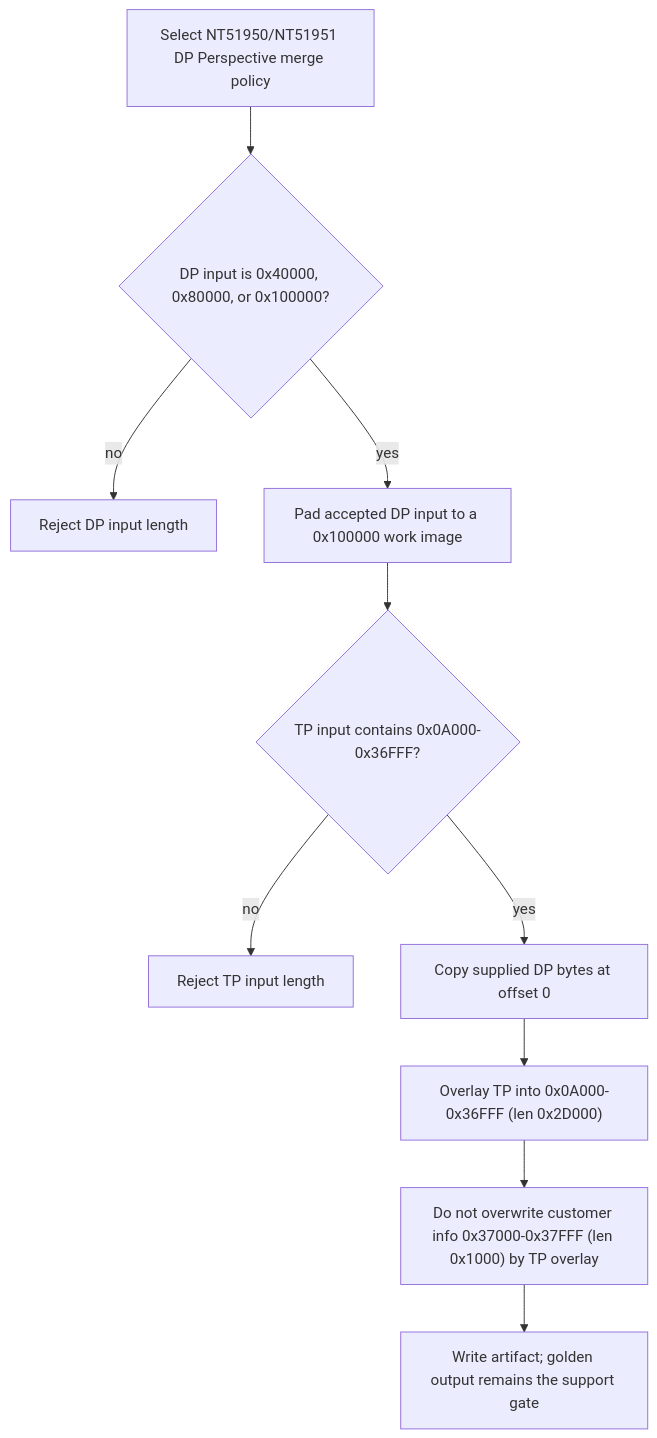
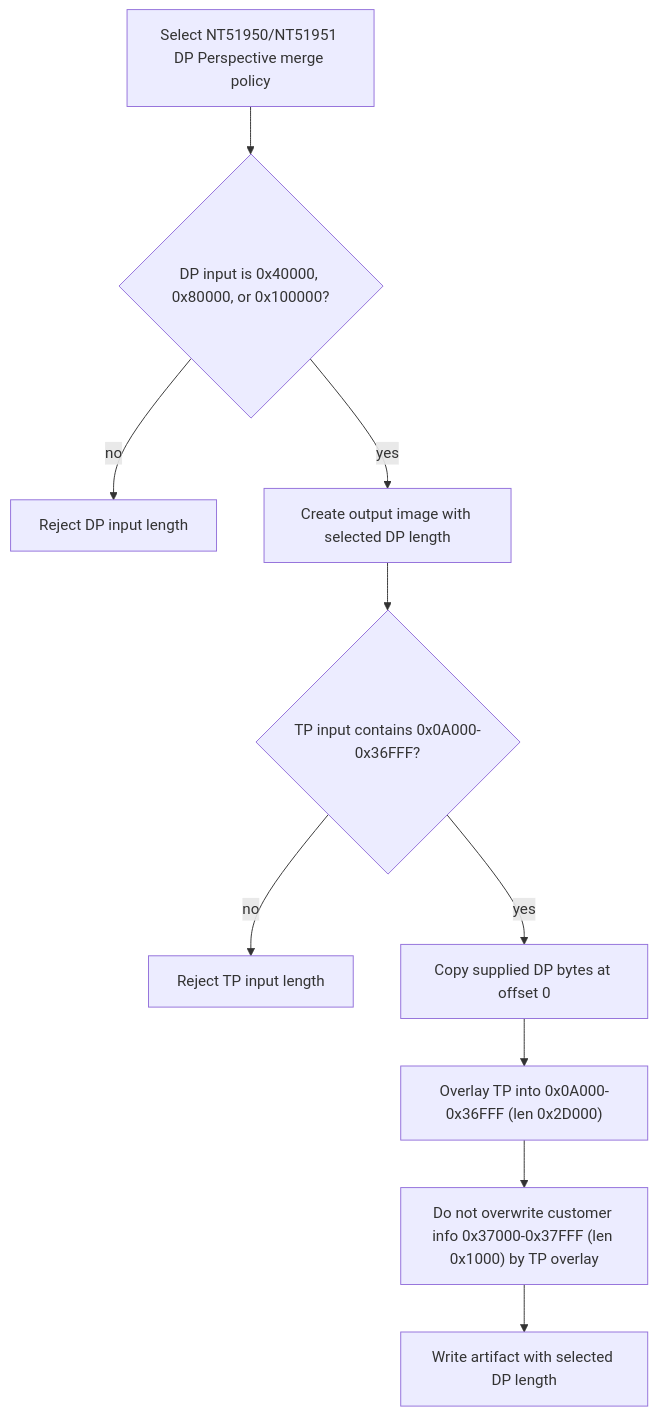
One commit to Dennis40816/nvt_fw_combiner changed the fourth of 12 diagrams in docs/architecture/ic-workflow-flowcharts.md. Above: the diagram before and after it, drawn with Mermaid. The commit also changed other lines of this file and 25 other files, not shown here.

````diff
--- a/docs/architecture/ic-workflow-flowcharts.md
+++ b/docs/architecture/ic-workflow-flowcharts.md
@@ -108,12 +108,12 @@
 ```mermaid
 flowchart TD
     A["Select NT51950/NT51951 DP Perspective merge policy"] --> B{"DP input is 0x40000, 0x80000, or 0x100000?"}
     B -- "no" --> C["Reject DP input length"]
-    B -- "yes" --> D["Pad accepted DP input to a 0x100000 work image"]
+    B -- "yes" --> D["Create output image with selected DP length"]
     D --> E{"TP input contains 0x0A000-0x36FFF?"}
     E -- "no" --> F["Reject TP input length"]
     E -- "yes" --> G["Copy supplied DP bytes at offset 0"]
     G --> H["Overlay TP into 0x0A000-0x36FFF (len 0x2D000)"]
     H --> I["Do not overwrite customer info 0x37000-0x37FFF (len 0x1000) by TP overlay"]
-    I --> J["Write artifact; golden output remains the support gate"]
+    I --> J["Write artifact with selected DP length"]
 ```
````
